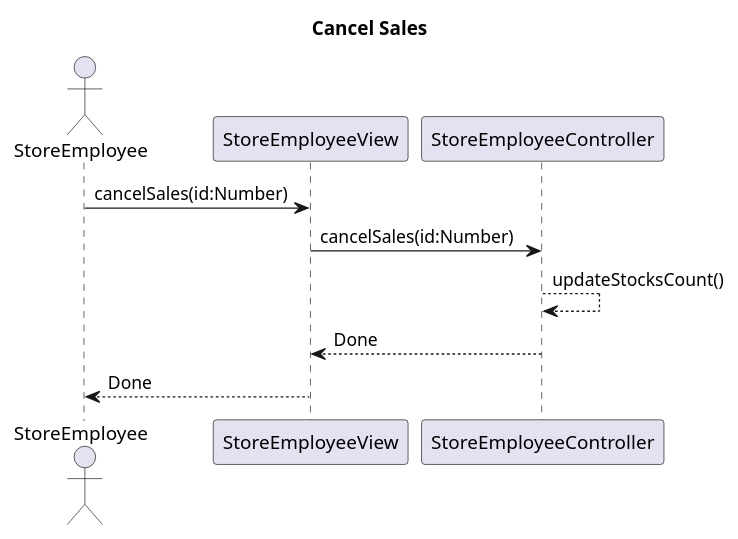
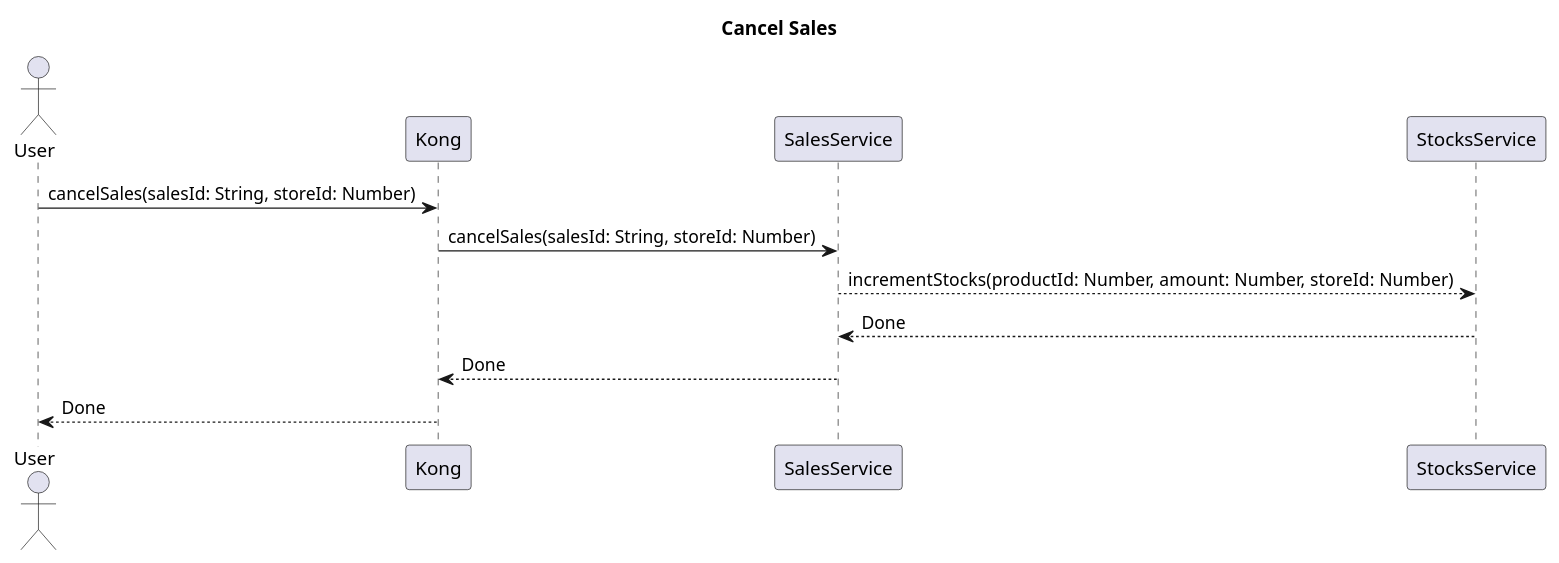
One commit to ThePhobosDeimosSuite/laboratoire-0_log430 changed the diagram in docs/UML/process/sales/cancel-sales.puml. Above: the diagram before and after it, drawn with PlantUML. The commit also changed 21 other files, not shown here.

```diff
--- a/docs/UML/process/sales/cancel-sales.puml
+++ b/docs/UML/process/sales/cancel-sales.puml
@@ -1,10 +1,11 @@
 @startuml cancel-sales
 title Cancel Sales
-actor StoreEmployee
+actor User
 
-StoreEmployee -> StoreEmployeeView : cancelSales(id:Number)
-StoreEmployeeView -> StoreEmployeeController : cancelSales(id:Number)
-StoreEmployeeController --> StoreEmployeeController : updateStocksCount()
-StoreEmployeeController --> StoreEmployeeView : Done
-StoreEmployeeView --> StoreEmployee : Done
+User -> Kong : cancelSales(salesId: String, storeId: Number)
+Kong -> SalesService : cancelSales(salesId: String, storeId: Number)
+SalesService --> StocksService : incrementStocks(productId: Number, amount: Number, storeId: Number)
+StocksService --> SalesService : Done
+SalesService --> Kong : Done
+Kong --> User : Done
 @enduml
```
